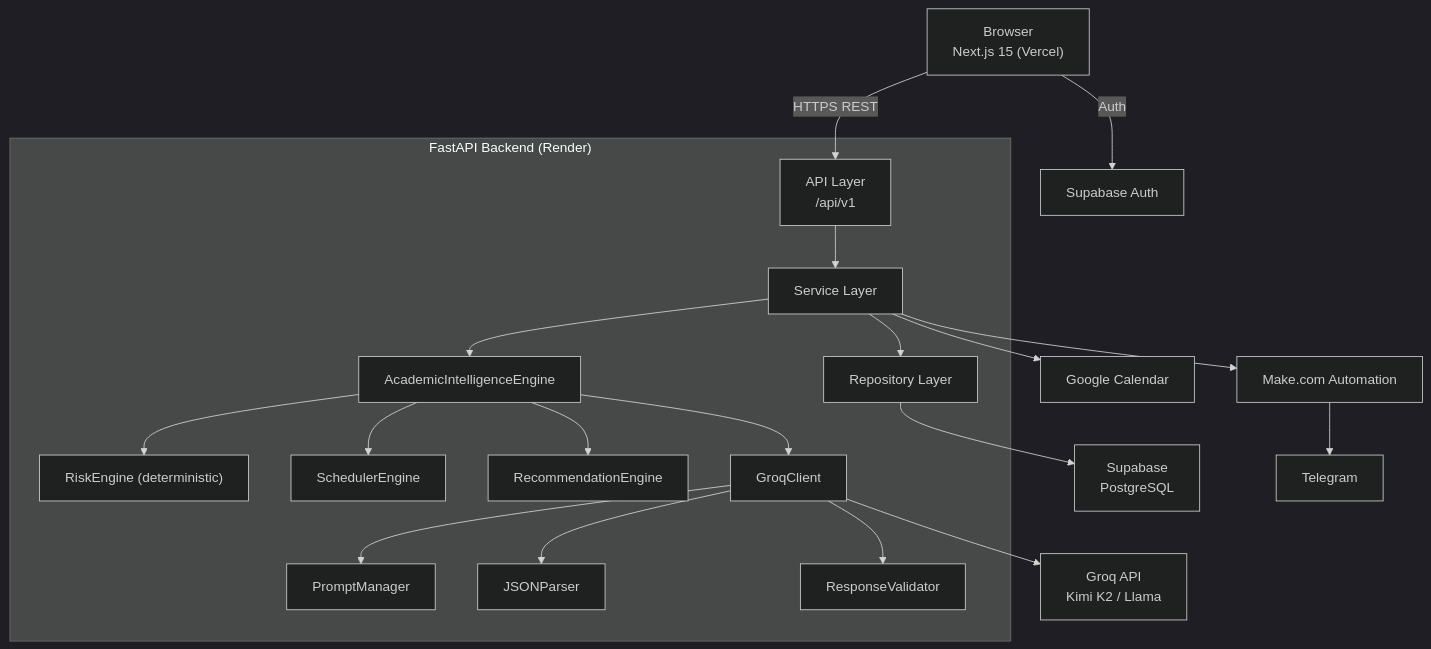
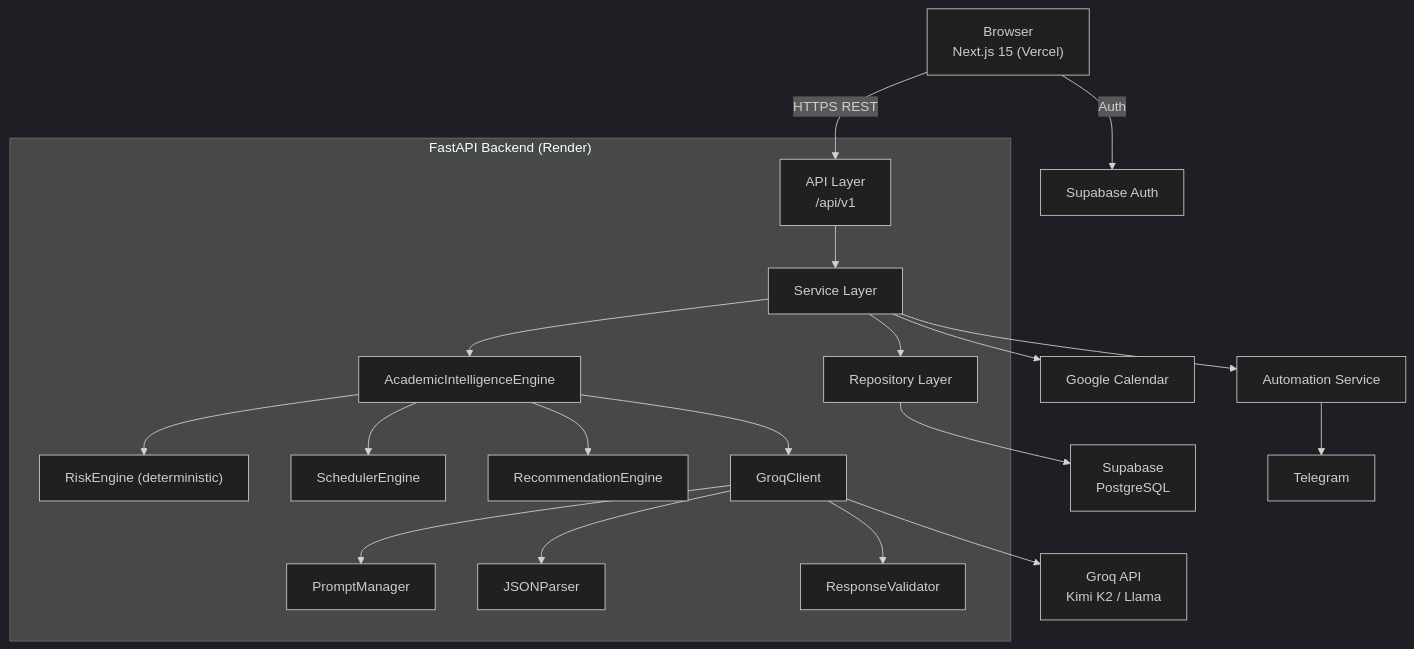
One commit to AdharshJolly/Academix changed the first of 9 diagrams in docs/ARCHITECTURE.md. Above: the diagram before and after it, drawn with Mermaid (dark theme). The commit also changed other lines of this file and 18 other files, not shown here.

Commit message:
feat: update environment configuration, refactor automation callbacks, and enhance attendance API tests; replace Make.com references with Telegram support

````diff
--- a/docs/ARCHITECTURE.md
+++ b/docs/ARCHITECTURE.md
@@ -9,43 +9,43 @@
 ```mermaid
 graph TD
     Browser["Browser\nNext.js 15 (Vercel)"]
 
     subgraph Backend ["FastAPI Backend (Render)"]
         API["API Layer\n/api/v1"]
         SVC["Service Layer"]
         REPO["Repository Layer"]
         AIE["AcademicIntelligenceEngine"]
         RISK["RiskEngine (deterministic)"]
         SCHED["SchedulerEngine"]
         REC["RecommendationEngine"]
         GROQ["GroqClient"]
         PM["PromptManager"]
         JP["JSONParser"]
         RV["ResponseValidator"]
     end
 
     DB["Supabase\nPostgreSQL"]
     GROQ_API["Groq API\nKimi K2 / Llama"]
-    MAKE["Make.com Automation"]
+    MAKE["Automation Service"]
     GCAL["Google Calendar"]
     WA["Telegram"]
     SUPA["Supabase Auth"]
 
     Browser -- "HTTPS REST" --> API
     Browser -- "Auth" --> SUPA
     API --> SVC
     SVC --> AIE
     SVC --> REPO
     REPO --> DB
     AIE --> RISK
     AIE --> SCHED
     AIE --> REC
     AIE --> GROQ
     GROQ --> PM
     GROQ --> JP
     GROQ --> RV
     GROQ --> GROQ_API
     SVC --> GCAL
     SVC --> MAKE
     MAKE --> WA
 ```
````
